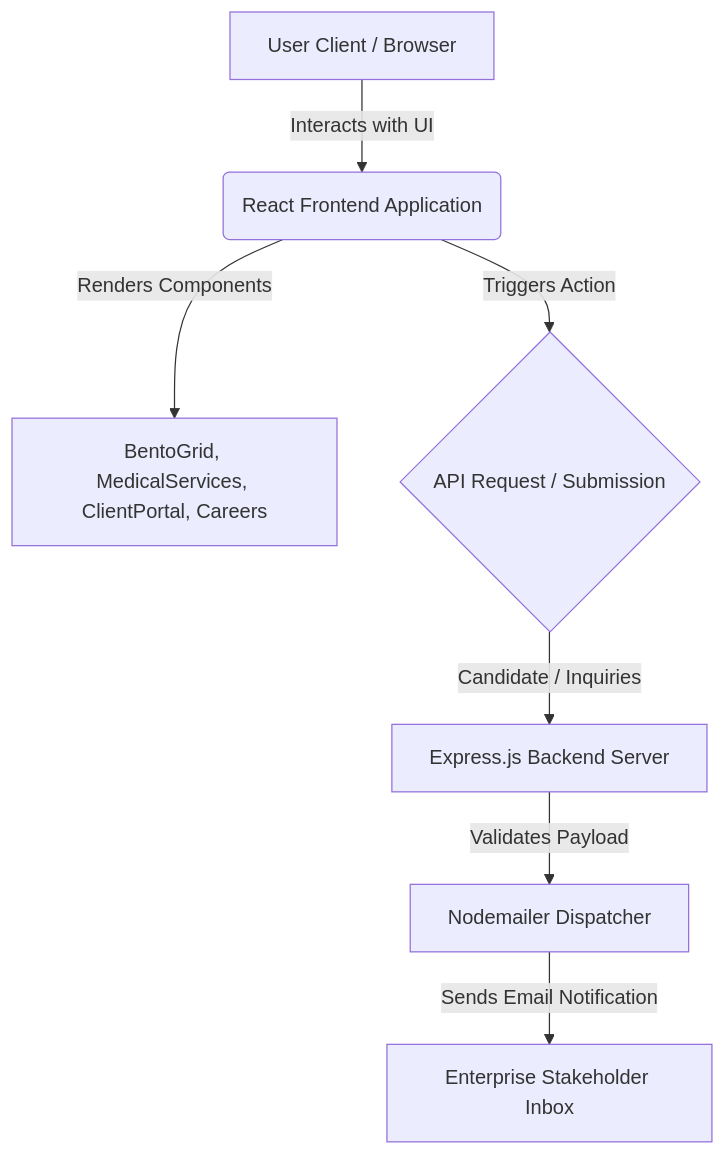
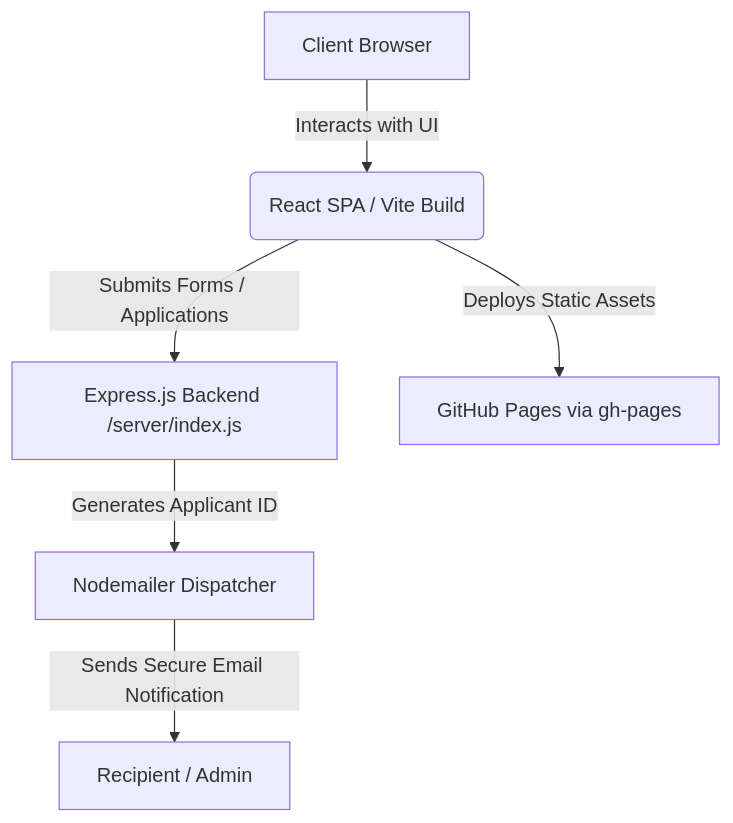
The diagram in README.md (Bavly-Hamdy/SinaiConnect), drawn with Mermaid before and after one commit. The commit also changed other lines of this file, not shown here.

Commit message:
docs: update README.md via ReadmeForge (README.md)

````diff
--- a/README.md
+++ b/README.md
@@ -70,9 +68,8 @@
 ```mermaid
 graph TD
-    A[User Client / Browser] -->|Interacts with UI| B(React Frontend Application)
-    B -->|Renders Components| C[BentoGrid, MedicalServices, ClientPortal, Careers]
-    B -->|Triggers Action| D{API Request / Submission}
-    D -->|Candidate / Inquiries| E[Express.js Backend Server]
-    E -->|Validates Payload| F[Nodemailer Dispatcher]
-    F -->|Sends Email Notification| G[Enterprise Stakeholder Inbox]
+    A[Client Browser] -->|Interacts with UI| B(React SPA / Vite Build)
+    B -->|Submits Forms / Applications| C[Express.js Backend /server/index.js]
+    C -->|Generates Applicant ID| D[Nodemailer Dispatcher]
+    D -->|Sends Secure Email Notification| E[Recipient / Admin]
+    B -->|Deploys Static Assets| F[GitHub Pages via gh-pages]
 ```
````
